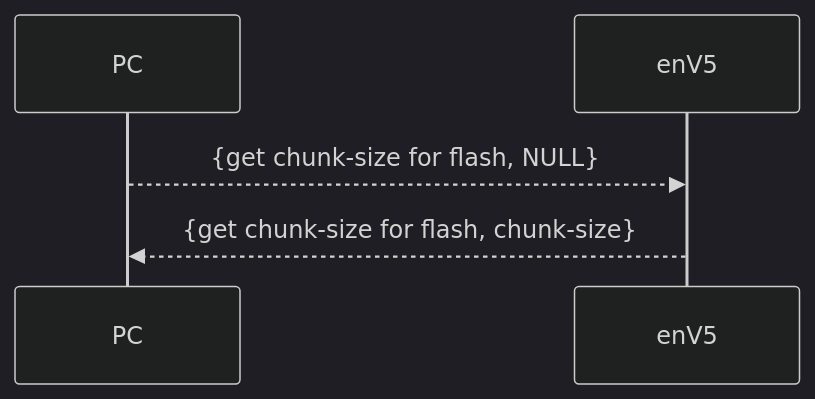
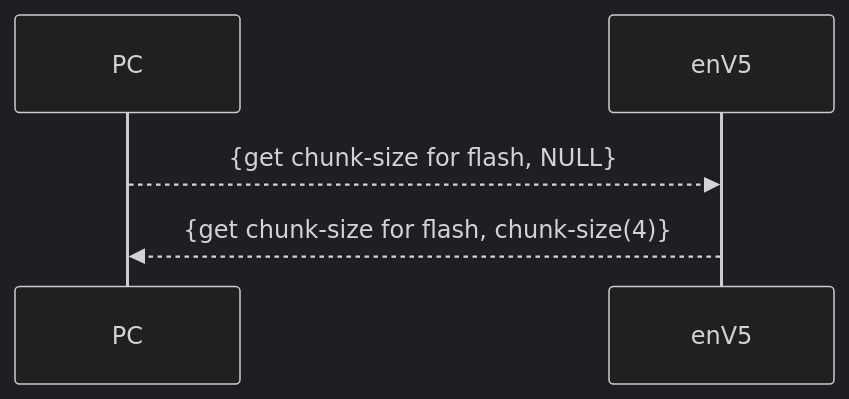
The fourth of 10 diagrams in python_utils/usb/README.adoc (es-ude/elastic-ai.runtime.enV5), drawn with Mermaid (dark theme) before and after one commit. The commit also changed other lines of this file, not shown here.

```diff
--- a/python_utils/usb/README.adoc
+++ b/python_utils/usb/README.adoc
@@ -68,6 +68,6 @@
 [mermaid]
 ....
 sequenceDiagram
     PC-->>enV5: {get chunk-size for flash, NULL}
-    enV5-->>PC: {get chunk-size for flash, chunk-size}
+    enV5-->>PC: {get chunk-size for flash, chunk-size(4)}
 ....
```
